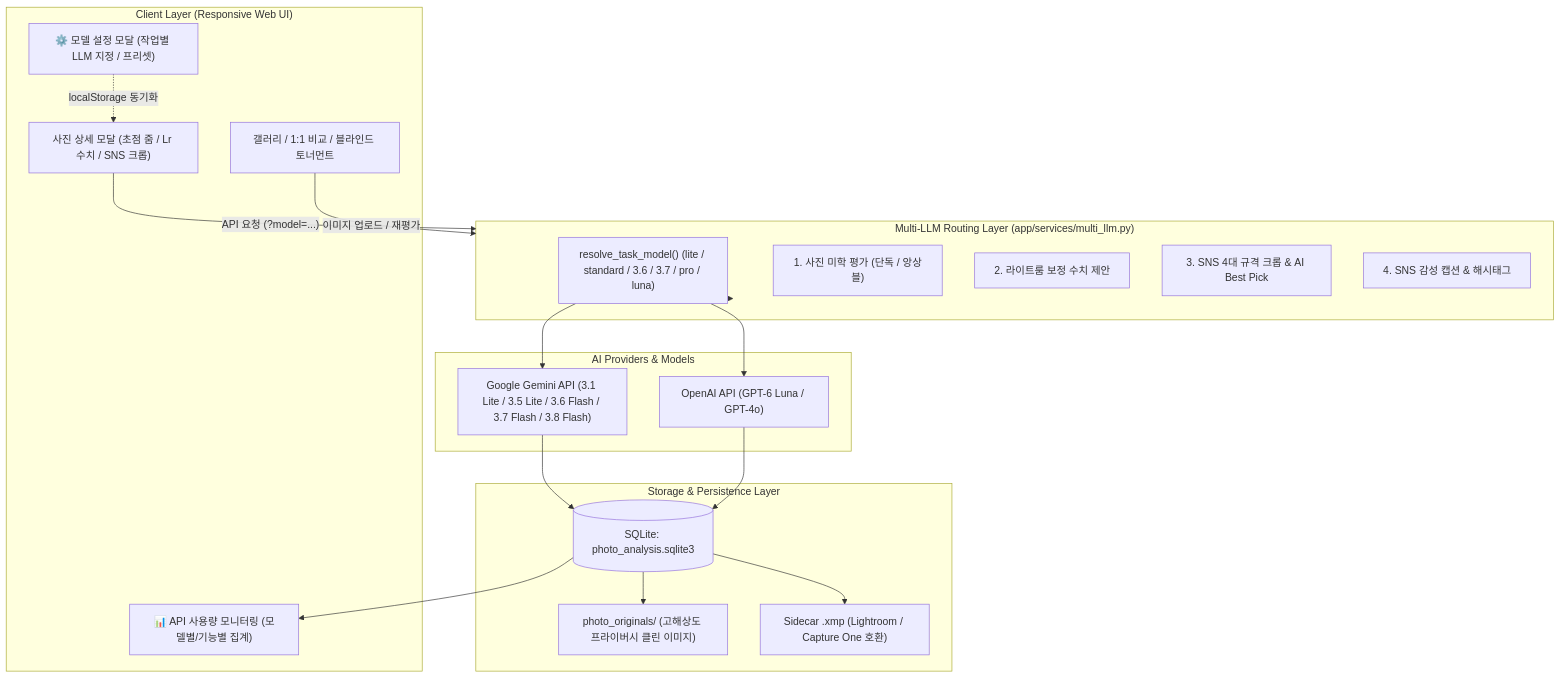
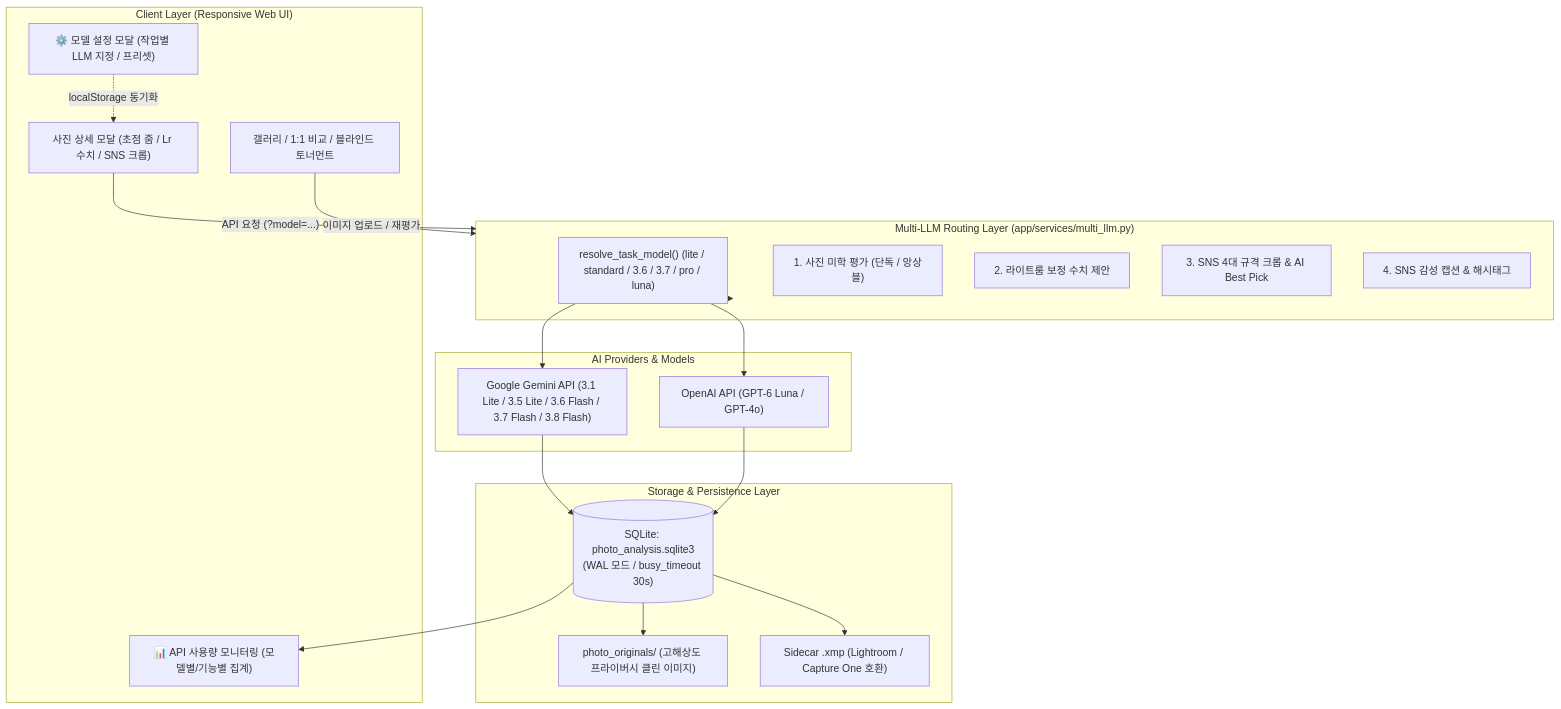
One commit to hongjung37/figure-photo-grader changed the diagram in WORKFLOW_AND_DEV_GUIDE.md. Above: the diagram before and after it, drawn with Mermaid. The commit also changed other lines of this file and 1 other file, not shown here.

````diff
--- a/WORKFLOW_AND_DEV_GUIDE.md
+++ b/WORKFLOW_AND_DEV_GUIDE.md
@@ -9,40 +9,40 @@
 ```mermaid
 flowchart TD
     subgraph Client ["Client Layer (Responsive Web UI)"]
         UI_Gallery["갤러리 / 1:1 비교 / 블라인드 토너먼트"]
         UI_Settings["⚙️ 모델 설정 모달 (작업별 LLM 지정 / 프리셋)"]
         UI_Detail["사진 상세 모달 (초점 줌 / Lr 수치 / SNS 크롭)"]
         UI_Usage["📊 API 사용량 모니터링 (모델별/기능별 집계)"]
     end
 
     subgraph Router ["Multi-LLM Routing Layer (app/services/multi_llm.py)"]
         Resolver["resolve_task_model() (lite / standard / 3.6 / 3.7 / pro / luna)"]
         Task_Grader["1. 사진 미학 평가 (단독 / 앙상블)"]
         Task_Lr["2. 라이트룸 보정 수치 제안"]
         Task_Crop["3. SNS 4대 규격 크롭 & AI Best Pick"]
         Task_Caption["4. SNS 감성 캡션 & 해시태그"]
     end
 
     subgraph Providers ["AI Providers & Models"]
         Gemini["Google Gemini API (3.1 Lite / 3.5 Lite / 3.6 Flash / 3.7 Flash / 3.8 Flash)"]
         OpenAI["OpenAI API (GPT-6 Luna / GPT-4o)"]
     end
 
     subgraph Storage ["Storage & Persistence Layer"]
-        DB[("SQLite: photo_analysis.sqlite3")]
+        DB[("SQLite: photo_analysis.sqlite3<br/>(WAL 모드 / busy_timeout 30s)")]
         Originals["photo_originals/ (고해상도 프라이버시 클린 이미지)"]
         XMP["Sidecar .xmp (Lightroom / Capture One 호환)"]
     end
 
     UI_Settings -.->|"localStorage 동기화"| UI_Detail
     UI_Detail -->|"API 요청 (?model=...)"| Router
     UI_Gallery -->|"이미지 업로드 / 재평가"| Router
     Router --> Resolver
     Resolver --> Gemini
     Resolver --> OpenAI
     Gemini --> DB
     OpenAI --> DB
     DB --> UI_Usage
     DB --> Originals
     DB --> XMP
 ```
````
